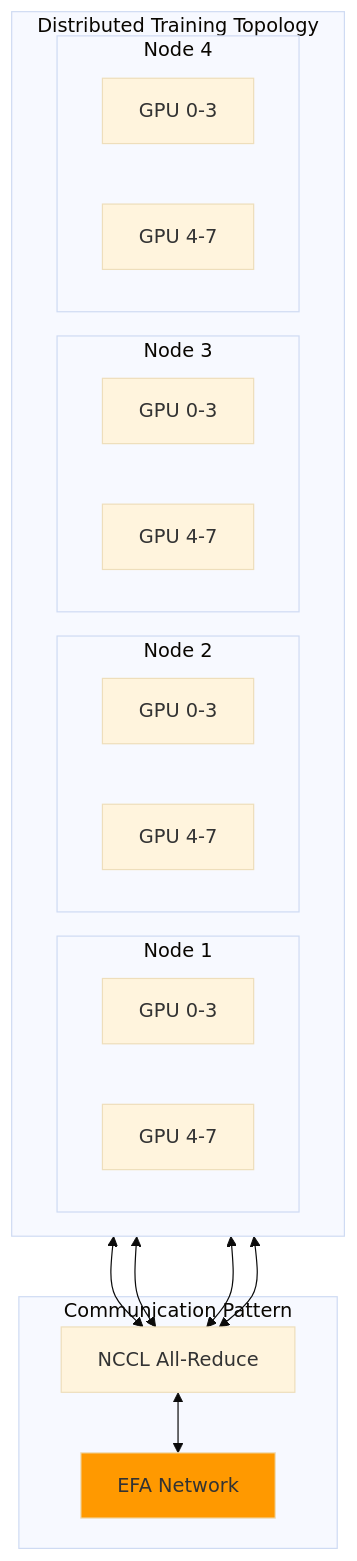
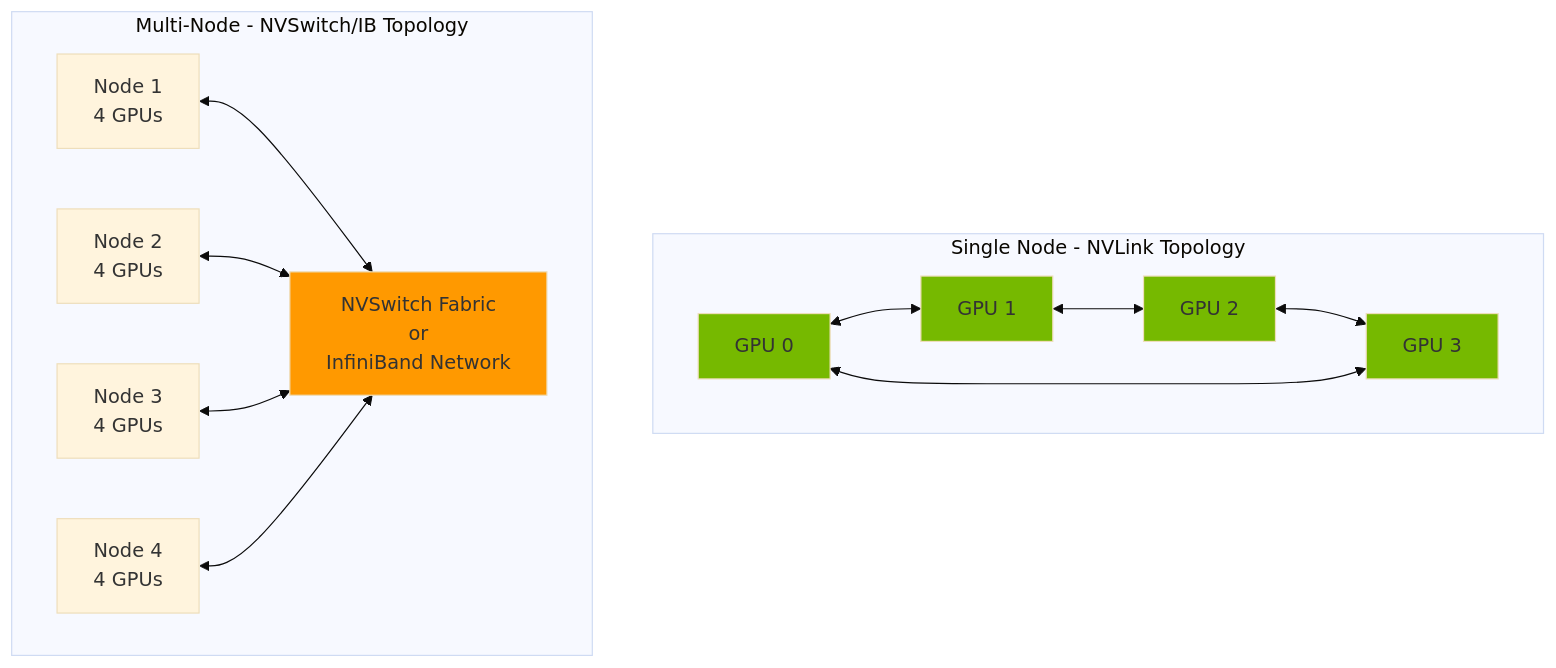
Diagram 12 of 13 in i18n/en/docusaurus-plugin-content-docs/current/agentic-ai-platform/agentic-ai-challenges.md (devfloor9/engineering-playbook), drawn with Mermaid (base theme) before and after one commit. The commit also changed other lines of this file and 4 other files, not shown here.

````diff
--- a/i18n/en/docusaurus-plugin-content-docs/current/agentic-ai-platform/agentic-ai-challenges.md
+++ b/i18n/en/docusaurus-plugin-content-docs/current/agentic-ai-platform/agentic-ai-challenges.md
@@ -1434,35 +590,29 @@
 ```mermaid
 graph TB
-    subgraph "Distributed Training Topology"
-        direction LR
-        subgraph "Node 1"
-            N1G1["GPU 0-3"]
-            N1G2["GPU 4-7"]
-        end
-        subgraph "Node 2"
-            N2G1["GPU 0-3"]
-            N2G2["GPU 4-7"]
-        end
-        subgraph "Node 3"
-            N3G1["GPU 0-3"]
-            N3G2["GPU 4-7"]
-        end
-        subgraph "Node 4"
-            N4G1["GPU 0-3"]
-            N4G2["GPU 4-7"]
-        end
+    subgraph "Single Node - NVLink Topology"
+        GPU0["GPU 0"] <--> GPU1["GPU 1"]
+        GPU1 <--> GPU2["GPU 2"]
+        GPU2 <--> GPU3["GPU 3"]
+        GPU3 <--> GPU0
     end
 
-    subgraph "Communication Pattern"
-        NCCL["NCCL All-Reduce"]
-        EFA["EFA Network"]
+    subgraph "Multi-Node - NVSwitch/IB Topology"
+        NODE1["Node 1<br/>4 GPUs"]
+        NODE2["Node 2<br/>4 GPUs"]
+        NODE3["Node 3<br/>4 GPUs"]
+        NODE4["Node 4<br/>4 GPUs"]
+
+        SWITCH["NVSwitch Fabric<br/>or<br/>InfiniBand Network"]
+
+        NODE1 <--> SWITCH
+        NODE2 <--> SWITCH
+        NODE3 <--> SWITCH
+        NODE4 <--> SWITCH
     end
 
-    N1G1 <--> NCCL
-    N2G1 <--> NCCL
-    N3G1 <--> NCCL
-    N4G1 <--> NCCL
-    NCCL <--> EFA
-
-    style EFA fill:#ff9900
+    style GPU0 fill:#76b900
+    style GPU1 fill:#76b900
+    style GPU2 fill:#76b900
+    style GPU3 fill:#76b900
+    style SWITCH fill:#ff9900
 ```
````
